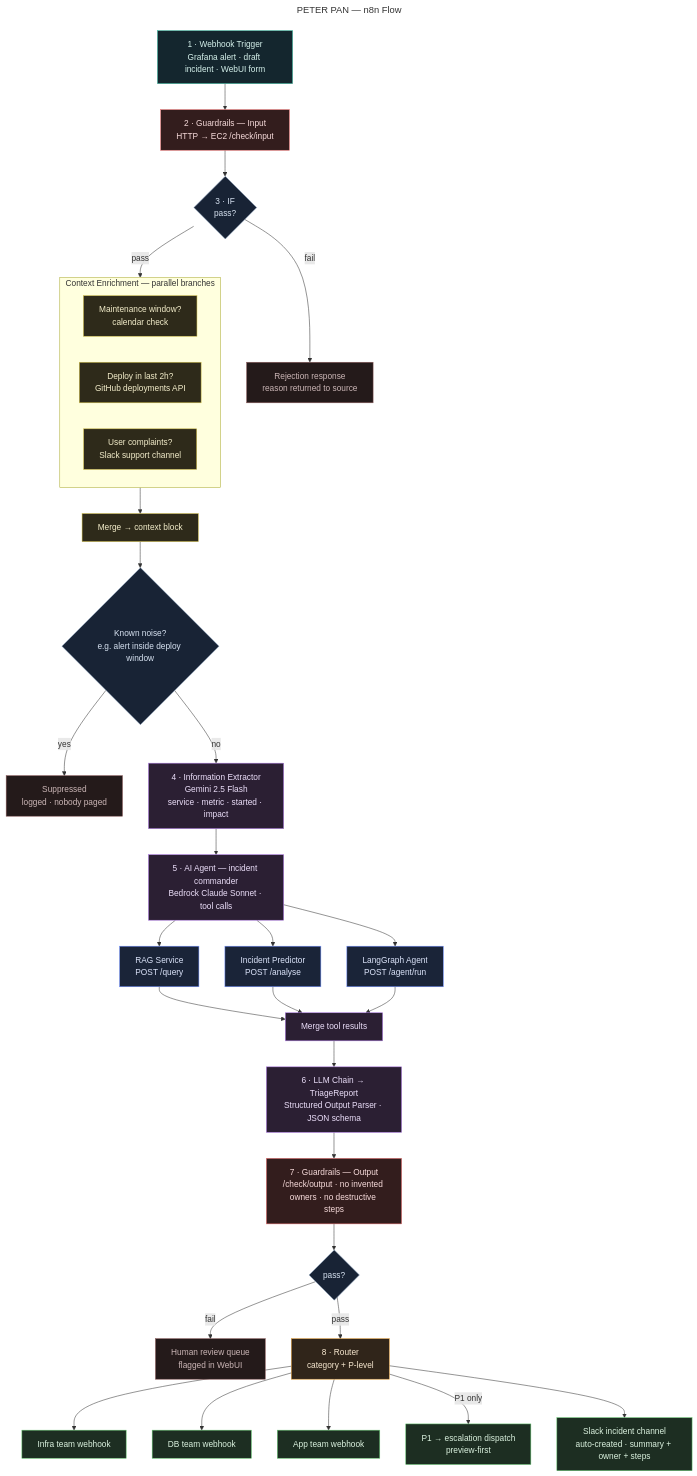
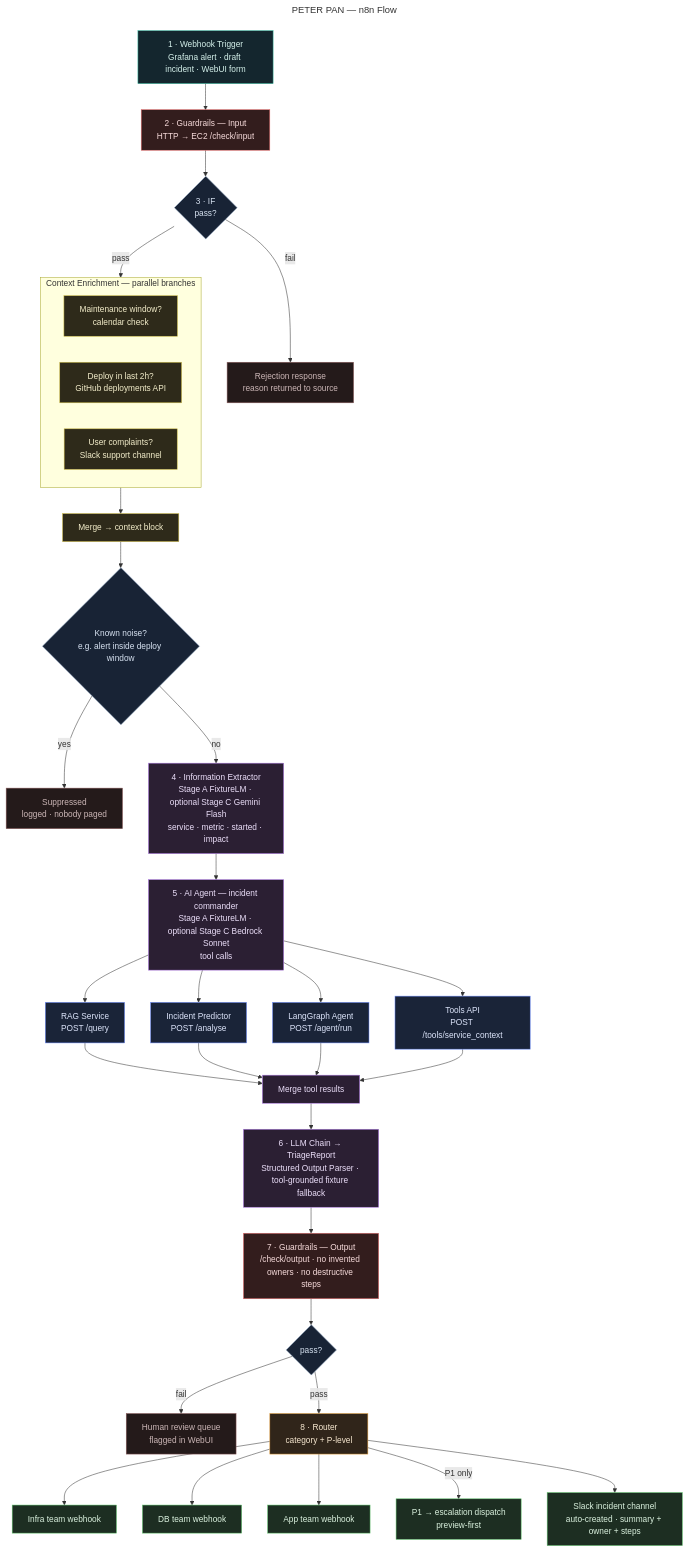
One commit to reem-mor/peter-pan.io changed the diagram in docs/peter-pan-n8n-flow.mmd. Above: the diagram before and after it, drawn with Mermaid. The commit also changed 31 other files, not shown here.

```diff
--- a/docs/peter-pan-n8n-flow.mmd
+++ b/docs/peter-pan-n8n-flow.mmd
@@ -1,66 +1,69 @@
 ---
 title: PETER PAN — n8n Flow
 ---
 flowchart TB
     WH["1 · Webhook Trigger<br/>Grafana alert · draft incident · WebUI form"]:::input
     GIN["2 · Guardrails — Input<br/>HTTP → EC2 /check/input"]:::guard
     IF1{"3 · IF<br/>pass?"}:::branch
     REJ["Rejection response<br/>reason returned to source"]:::rej
 
     subgraph CTX["Context Enrichment — parallel branches"]
         MW["Maintenance window?<br/>calendar check"]:::ctx
         DEP["Deploy in last 2h?<br/>GitHub deployments API"]:::ctx
         CMP["User complaints?<br/>Slack support channel"]:::ctx
     end
     MRG1["Merge → context block"]:::ctx
     IFS{"Known noise?<br/>e.g. alert inside deploy window"}:::branch
     SUP["Suppressed<br/>logged · nobody paged"]:::rej
 
-    EXT["4 · Information Extractor<br/>Gemini 2.5 Flash<br/>service · metric · started · impact"]:::ai
-    AGT["5 · AI Agent — incident commander<br/>Bedrock Claude Sonnet · tool calls"]:::ai
+    EXT["4 · Information Extractor<br/>Stage A FixtureLM · optional Stage C Gemini Flash<br/>service · metric · started · impact"]:::ai
+    AGT["5 · AI Agent — incident commander<br/>Stage A FixtureLM · optional Stage C Bedrock Sonnet<br/>tool calls"]:::ai
     T1["RAG Service<br/>POST /query"]:::svc
     T2["Incident Predictor<br/>POST /analyse"]:::svc
     T3["LangGraph Agent<br/>POST /agent/run"]:::svc
+    T4["Tools API<br/>POST /tools/service_context"]:::svc
     MRG2["Merge tool results"]:::ai
-    CH["6 · LLM Chain → TriageReport<br/>Structured Output Parser · JSON schema"]:::ai
+    CH["6 · LLM Chain → TriageReport<br/>Structured Output Parser · tool-grounded fixture fallback"]:::ai
     GOUT["7 · Guardrails — Output<br/>/check/output · no invented owners · no destructive steps"]:::guard
     IF2{"pass?"}:::branch
     REV["Human review queue<br/>flagged in WebUI"]:::rej
 
     RT["8 · Router<br/>category + P-level"]:::route
     INF["Infra team webhook"]:::team
     DBT["DB team webhook"]:::team
     APP["App team webhook"]:::team
     ESC["P1 → escalation dispatch<br/>preview-first"]:::team
     SLKN["Slack incident channel<br/>auto-created · summary + owner + steps"]:::team
 
     WH --> GIN --> IF1
     IF1 -->|fail| REJ
     IF1 -->|pass| CTX
     CTX --> MRG1 --> IFS
     IFS -->|yes| SUP
     IFS -->|no| EXT --> AGT
     AGT --> T1
     AGT --> T2
     AGT --> T3
+    AGT --> T4
     T1 --> MRG2
     T2 --> MRG2
     T3 --> MRG2
+    T4 --> MRG2
     MRG2 --> CH --> GOUT --> IF2
     IF2 -->|fail| REV
     IF2 -->|pass| RT
     RT --> INF
     RT --> DBT
     RT --> APP
     RT -->|P1 only| ESC
     RT --> SLKN
 
     classDef input fill:#14262e,stroke:#3ec1a7,color:#d6f2ec
     classDef guard fill:#331d1d,stroke:#e86c6c,color:#f8dcdc
     classDef branch fill:#182335,stroke:#8aa0bd,color:#d8e3f2
     classDef rej fill:#241a1a,stroke:#8a5a5a,color:#cbb6b6
     classDef ctx fill:#2e2a1a,stroke:#d3c04a,color:#f4eecb
     classDef ai fill:#2b1f33,stroke:#b07ce8,color:#ecdffa
     classDef svc fill:#1a2438,stroke:#6c8cff,color:#dde5fb
     classDef route fill:#30251a,stroke:#e8a13c,color:#f7e8d0
     classDef team fill:#1d2e22,stroke:#63c76f,color:#dcf3e0
```
